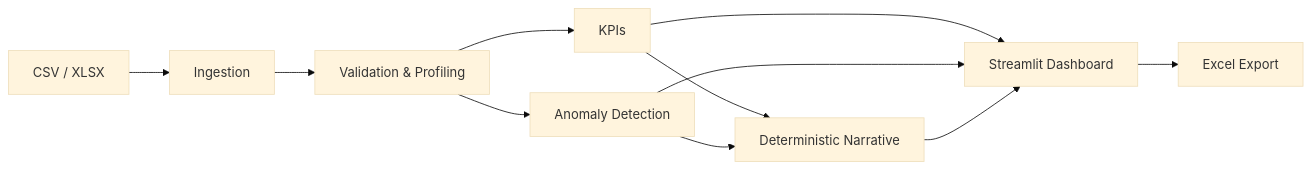
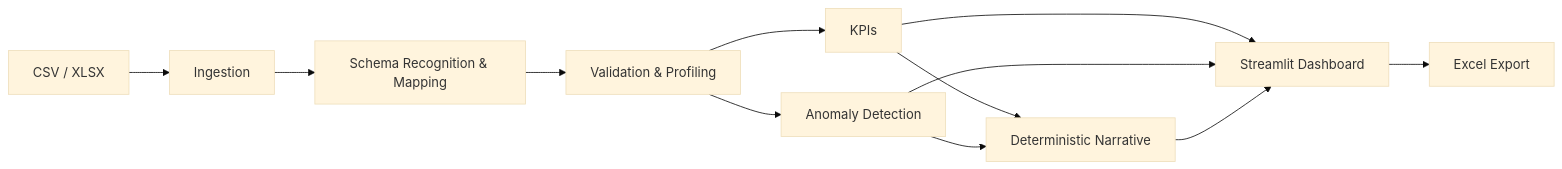
Before and after one commit to victortapiavm/OpsReport: the diagram in README.md, drawn with Mermaid (base theme). The commit also changed other lines of this file and 10 other files, not shown here.

````diff
--- a/README.md
+++ b/README.md
@@ -91,13 +95,14 @@
 ```mermaid
 flowchart LR
     A[CSV / XLSX] --> B[Ingestion]
-    B --> C[Validation & Profiling]
+    B --> S[Schema Recognition & Mapping]
+    S --> C[Validation & Profiling]
     C --> D[KPIs]
     C --> E[Anomaly Detection]
     D --> F[Deterministic Narrative]
     E --> F
     D --> G[Streamlit Dashboard]
     E --> G
     F --> G
     G --> H[Excel Export]
 ```
````
